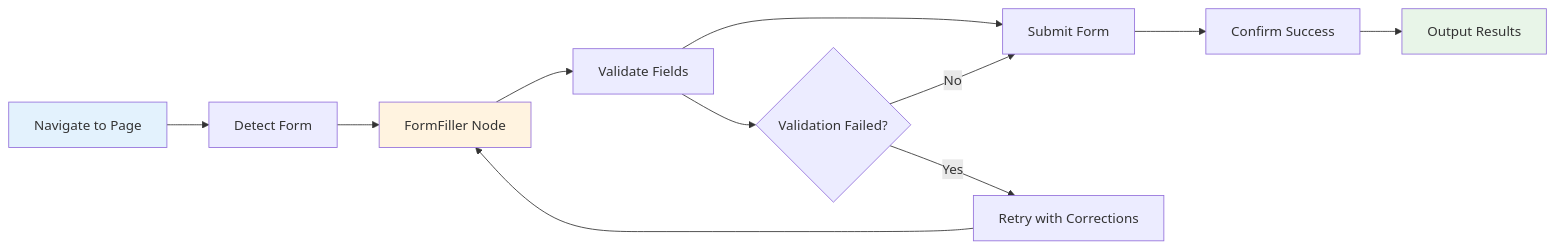
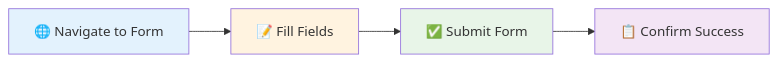
Before and after one commit to agentic-com/Agentic-Flow-Doc: the first of 3 diagrams in src/content/docs/learning/workflow-patterns/content-manipulation-patterns.md, drawn with Mermaid. The commit also changed other lines of this file and 4 other files, not shown here.

````diff
--- a/src/content/docs/learning/workflow-patterns/content-manipulation-patterns.md
+++ b/src/content/docs/learning/workflow-patterns/content-manipulation-patterns.md
@@ -25,18 +22,11 @@
 ```mermaid
-flowchart LR
-    A[Navigate to Page] --> B[Detect Form]
-    B --> C[FormFiller Node]
-    C --> D[Validate Fields]
-    D --> E[Submit Form]
-    E --> F[Confirm Success]
-    F --> G[Output Results]
-    
-    D --> H{Validation Failed?}
-    H -->|Yes| I[Retry with Corrections]
-    I --> C
-    H -->|No| E
+graph LR
+    A[🌐 Navigate to Form] --> B[📝 Fill Fields]
+    B --> C[✅ Submit Form]
+    C --> D[📋 Confirm Success]
     
     style A fill:#e3f2fd
-    style C fill:#fff3e0
-    style G fill:#e8f5e8
+    style B fill:#fff3e0
+    style C fill:#e8f5e8
+    style D fill:#f3e5f5
 ```
````
